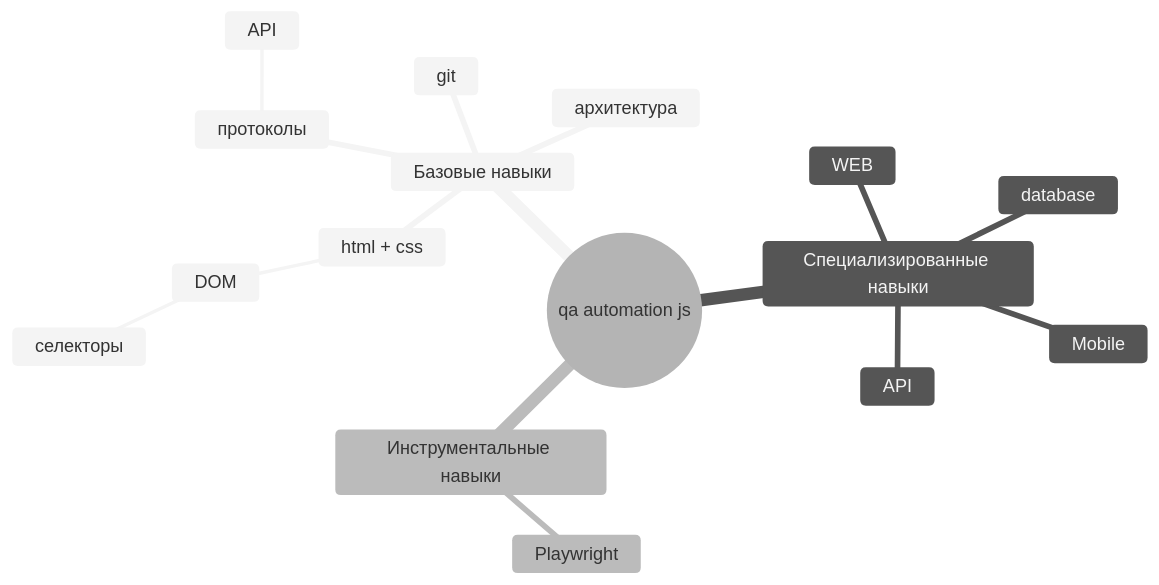
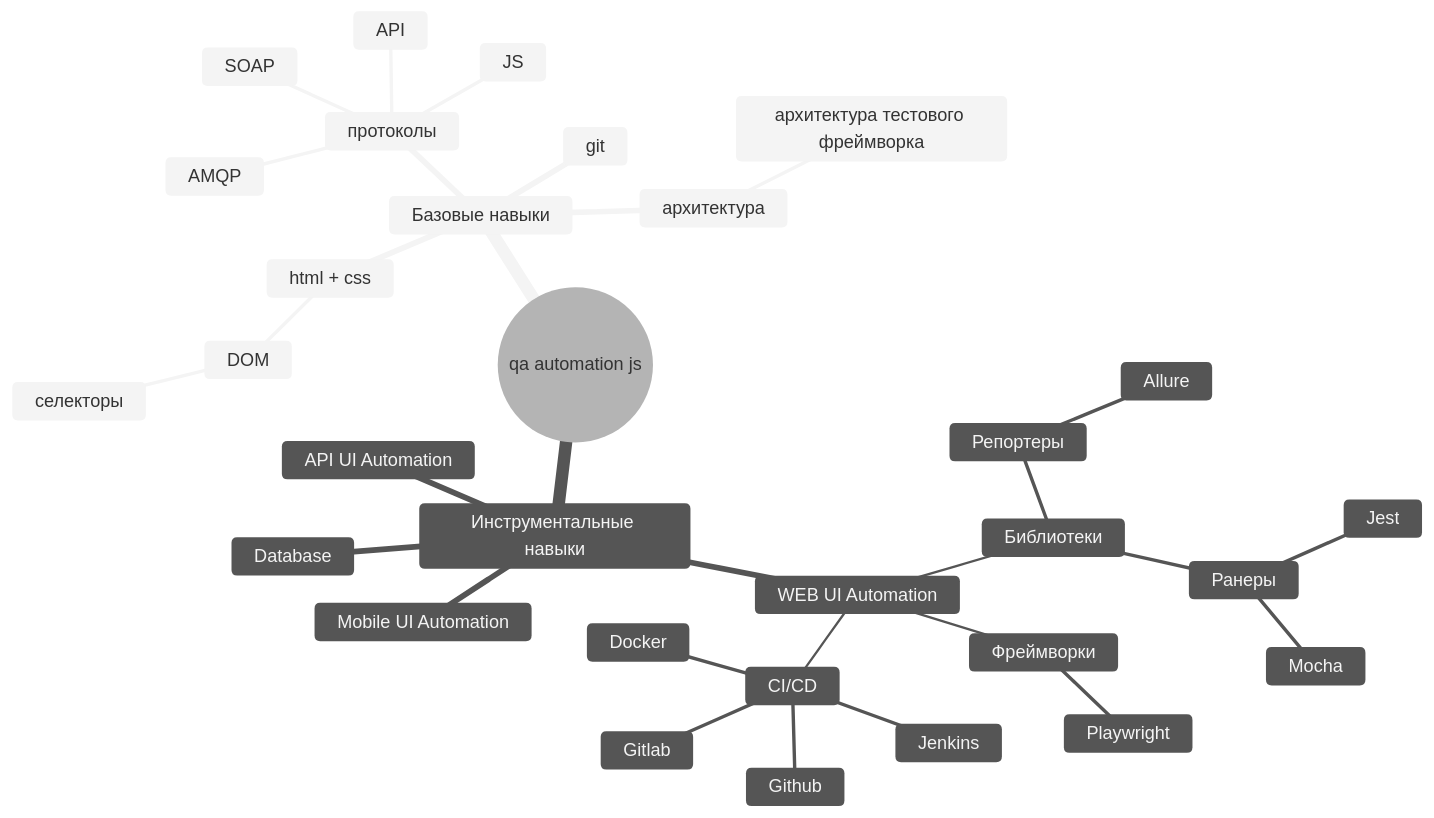
The diagram in README.md (mnmlsniper/qa-automation-js-roadmap), drawn with Mermaid before and after one commit.

````diff
--- a/README.md
+++ b/README.md
@@ -3,21 +3,35 @@
 ```mermaid
 %%{init: {'theme':'neutral'}}%%
 mindmap
   root((qa automation js))
     Базовые навыки
       html + css
         DOM
             селекторы
       git
       протоколы
+        AMQP
         API
-      архитектура 
-    Специализированные навыки
-      WEB
-      Mobile
-      API
-      database
+        SOAP
+       JS 
+      архитектура
+        архитектура тестового фреймворка
     Инструментальные навыки
-      Playwright
-    
+     API UI Automation
+     Database
+     Mobile UI Automation
+     WEB UI Automation
+      Фреймворки
+       Playwright
+      Библиотеки
+        Ранеры
+         Jest
+         Mocha
+       Репортеры
+        Allure
+      CI/CD
+       Docker
+       Github
+       Gitlab
+       Jenkins
 ```
````
